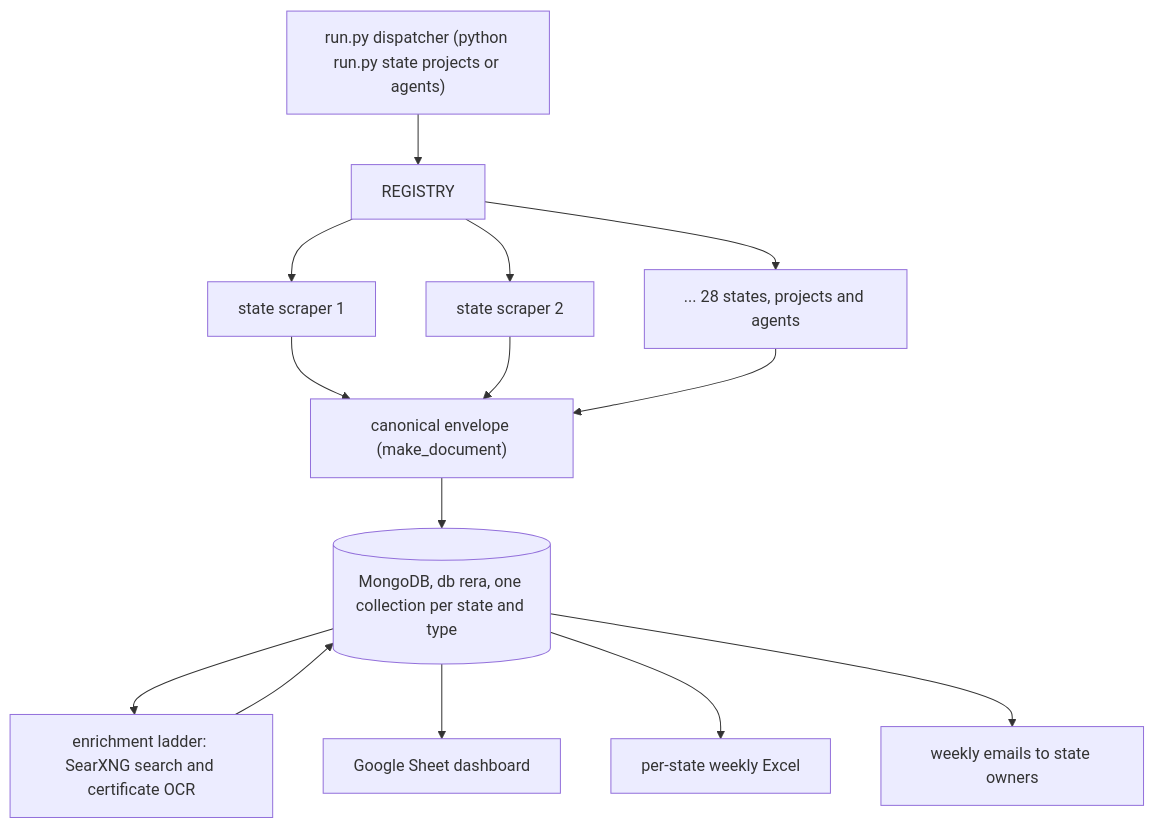
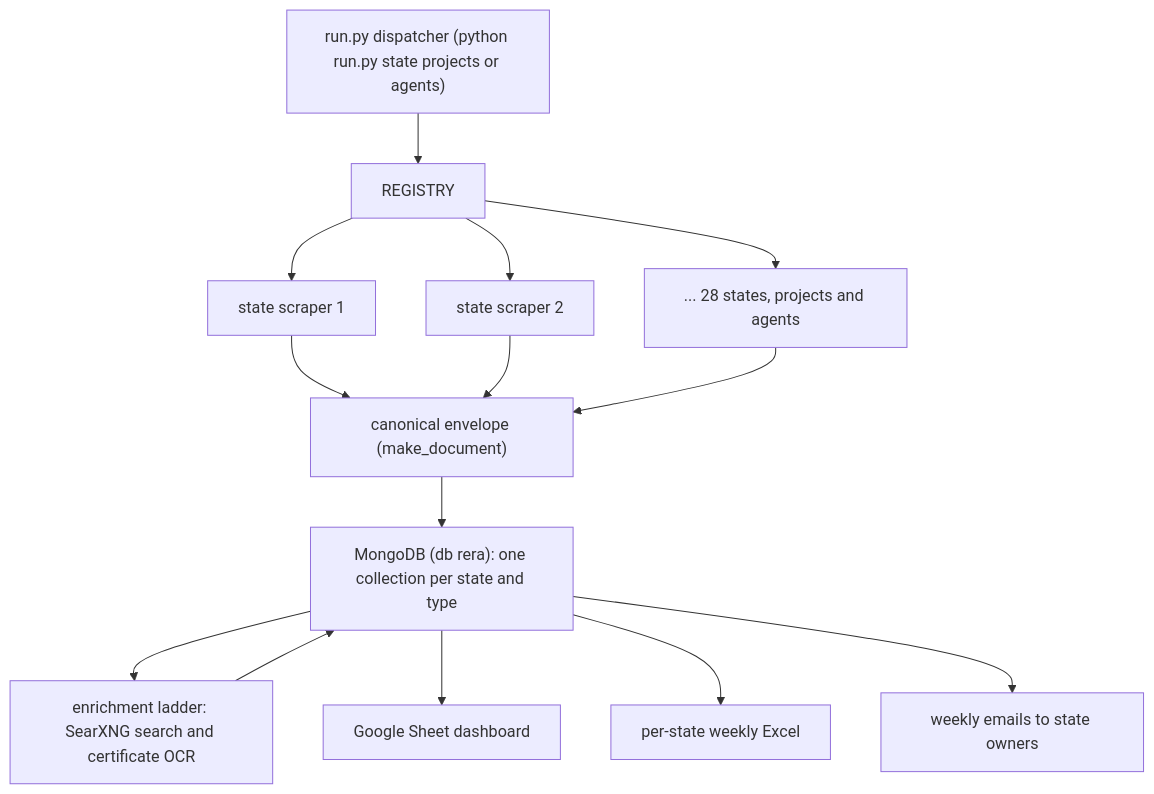
The diagram in README.md (AdrianMcMah0n/rera-data-platform), drawn with Mermaid before and after one commit.

Commit message:
Simplify database node in architecture diagram

````diff
--- a/README.md
+++ b/README.md
@@ -45,16 +45,16 @@
 ```mermaid
 flowchart TB
     CLI["run.py dispatcher (python run.py state projects or agents)"] --> REG["REGISTRY"]
     REG --> S1["state scraper 1"]
     REG --> S2["state scraper 2"]
     REG --> S3["... 28 states, projects and agents"]
     S1 --> ENV["canonical envelope (make_document)"]
     S2 --> ENV
     S3 --> ENV
-    ENV --> DB[("MongoDB, db rera, one collection per state and type")]
+    ENV --> DB["MongoDB (db rera): one collection per state and type"]
     DB --> ENR["enrichment ladder: SearXNG search and certificate OCR"]
     ENR --> DB
     DB --> SHEET["Google Sheet dashboard"]
     DB --> XLS["per-state weekly Excel"]
     DB --> MAIL["weekly emails to state owners"]
 ```
````
